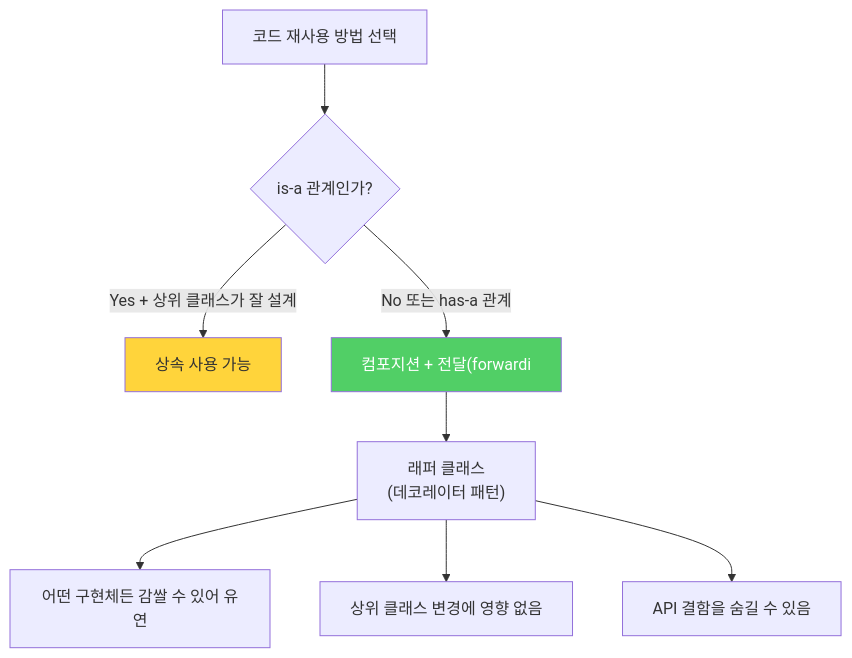
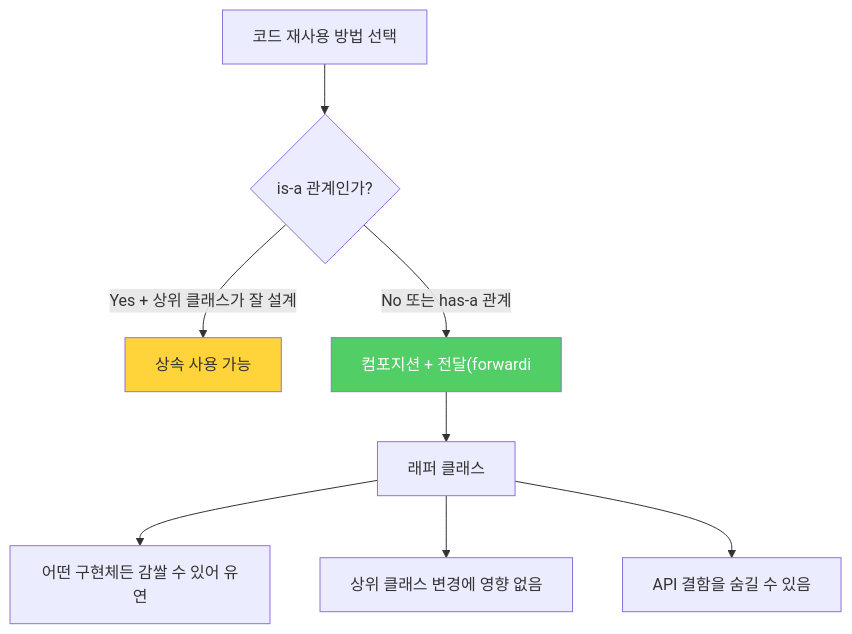
Before and after one commit to yjkim2015/yjkim2015.github.io: the fourth of 4 diagrams in _posts/java/2022-01-03-effective-java18.md, drawn with Mermaid. The commit also changed other lines of this file and 217 other files, not shown here.

First line of the commit message:
Mermaid 크기 수정: useMaxWidth:true + SVG max-width:100% + 라벨 축소

````diff
--- a/_posts/java/2022-01-03-effective-java18.md
+++ b/_posts/java/2022-01-03-effective-java18.md
@@ -228,12 +228,12 @@
 ```mermaid
 graph TD
     A["코드 재사용 방법 선택"] --> B{"is-a 관계인가?"}
     B -->|"Yes + 상위 클래스가 잘 설계"| C["상속 사용 가능"]
     B -->|"No 또는 has-a 관계"| D["컴포지션 + 전달(forwardi"]
-    D --> E["래퍼 클래스\n(데코레이터 패턴)"]
+    D --> E["래퍼 클래스"]
     E --> E1["어떤 구현체든 감쌀 수 있어 유연"]
     E --> E2["상위 클래스 변경에 영향 없음"]
     E --> E3["API 결함을 숨길 수 있음"]
     style D fill:#51cf66,color:#fff
     style C fill:#ffd43b
 ```
````
